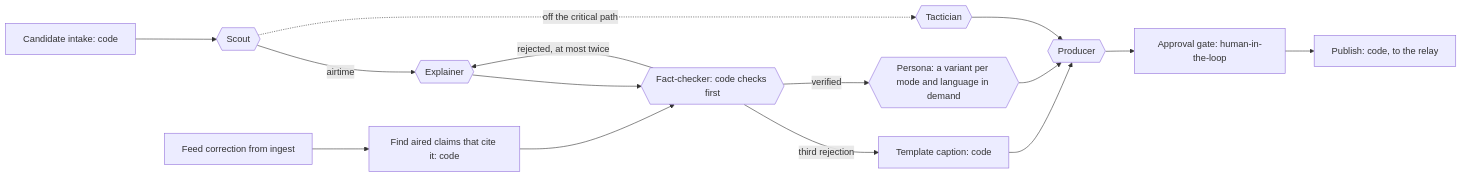
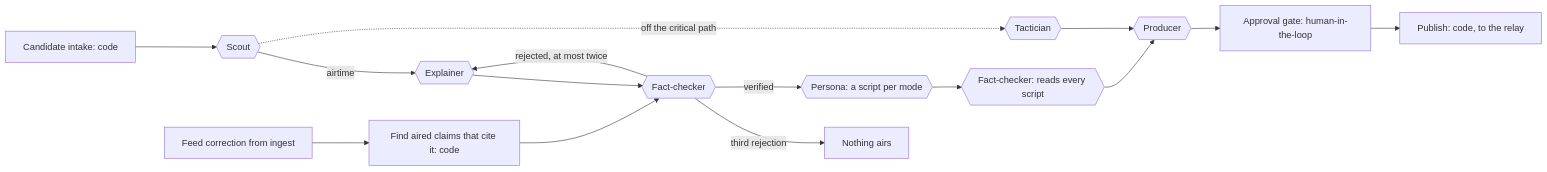
One commit to FelixMatrixar/OffBall changed the third of 5 diagrams in PRD.md. Above: the diagram before and after it, drawn with Mermaid. The commit also changed other lines of this file and 41 other files, not shown here.

````diff
--- a/PRD.md
+++ b/PRD.md
@@ -1158,16 +1158,16 @@
 ```mermaid
 flowchart LR
   CI["Candidate intake: code"] --> SC{{"Scout"}}
   SC -- "airtime" --> EX{{"Explainer"}}
   SC -. "off the critical path" .-> TA{{"Tactician"}}
-  EX --> FC{{"Fact-checker: code checks first"}}
+  EX --> FC{{"Fact-checker"}}
   FC -- "rejected, at most twice" --> EX
-  FC -- "third rejection" --> TP["Template caption: code"]
-  FC -- "verified" --> PE{{"Persona: a variant per mode and language in demand"}}
-  PE --> PR{{"Producer"}}
-  TP --> PR
+  FC -- "third rejection" --> NO["Nothing airs"]
+  FC -- "verified" --> PE{{"Persona: a script per mode"}}
+  PE --> SK{{"Fact-checker: reads every script"}}
+  SK --> PR{{"Producer"}}
   TA --> PR
   PR --> AG["Approval gate: human-in-the-loop"]
   AG --> PB["Publish: code, to the relay"]
   CO["Feed correction from ingest"] --> RC["Find aired claims that cite it: code"] --> FC
 ```
````
